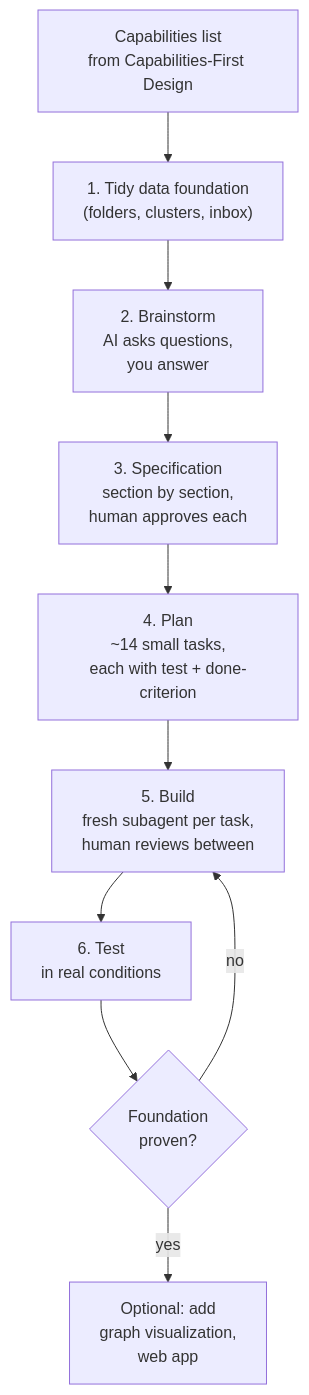
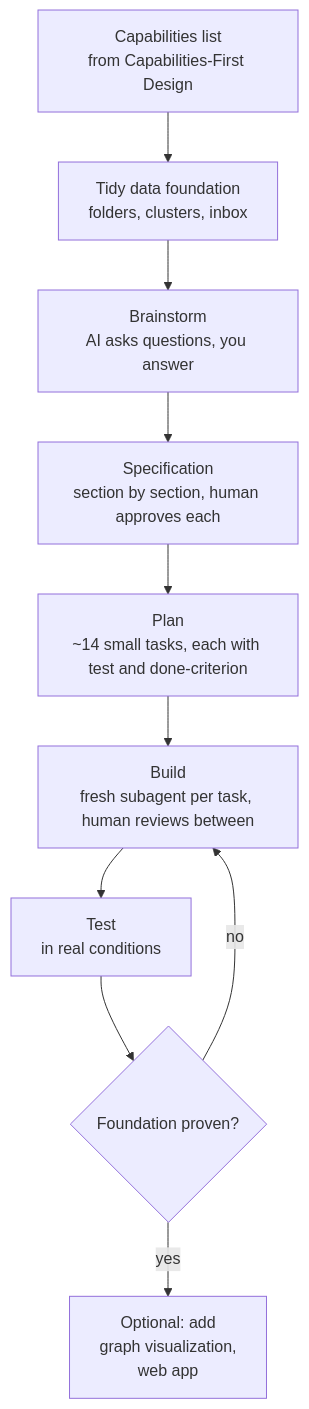
Before and after one commit to xdflatline/quartz: the diagram in content/Concepts/six-step-ai-build-process.md, drawn with Mermaid. The commit also changed 1 other file, not shown here.

Commit message:
refactor: rewrite six-step diagram labels to remove numbered prefixes
The six-step build process diagram still had S1-S6 labels in quoted
form (which suppressed the marked list bug) but with the same redundant
'1./2./3./4./5./6.' prefixes and awkward <br/> line cuts as the
Brain-First and workflow diagrams had before. Apply the same semantic
rewrite: drop the decorative number prefixes (the arrow order already
conveys sequence) and tighten the prose to two short lines per box.

Concretely:
- '1. Tidy data foundation / (folders, clusters, inbox)' becomes
  'Tidy data foundation / folders, clusters, inbox'
- '3. Specification / section by section, / human approves each' becomes
  'Specification / section by section, human approves each'
- ...and the same treatment for the other five steps plus the App node

Done in two files (the diagram is duplicated in the concept page and
the research index). Verified: 0 'Unsupported markdown' instances on
all 11 new pages after build.

````diff
--- a/content/Concepts/six-step-ai-build-process.md
+++ b/content/Concepts/six-step-ai-build-process.md
@@ -28,12 +28,12 @@
 ```mermaid
 flowchart TD
     S0[Capabilities list<br/>from Capabilities-First Design] --> S1
-    S1["1. Tidy data foundation<br/>(folders, clusters, inbox)"] --> S2
-    S2["2. Brainstorm<br/>AI asks questions,<br/>you answer"] --> S3
-    S3["3. Specification<br/>section by section,<br/>human approves each"] --> S4
-    S4["4. Plan<br/>~14 small tasks,<br/>each with test + done-criterion"] --> S5
-    S5["5. Build<br/>fresh subagent per task,<br/>human reviews between"] --> S6
-    S6["6. Test<br/>in real conditions"] --> Done{Foundation<br/>proven?}
+    S1[Tidy data foundation<br/>folders, clusters, inbox] --> S2
+    S2[Brainstorm<br/>AI asks questions, you answer] --> S3
+    S3[Specification<br/>section by section, human approves each] --> S4
+    S4[Plan<br/>~14 small tasks, each with test and done-criterion] --> S5
+    S5[Build<br/>fresh subagent per task, human reviews between] --> S6
+    S6[Test<br/>in real conditions] --> Done{Foundation proven?}
     Done -- yes --> App[Optional: add<br/>graph visualization,<br/>web app]
     Done -- no --> S5
 ```
````
